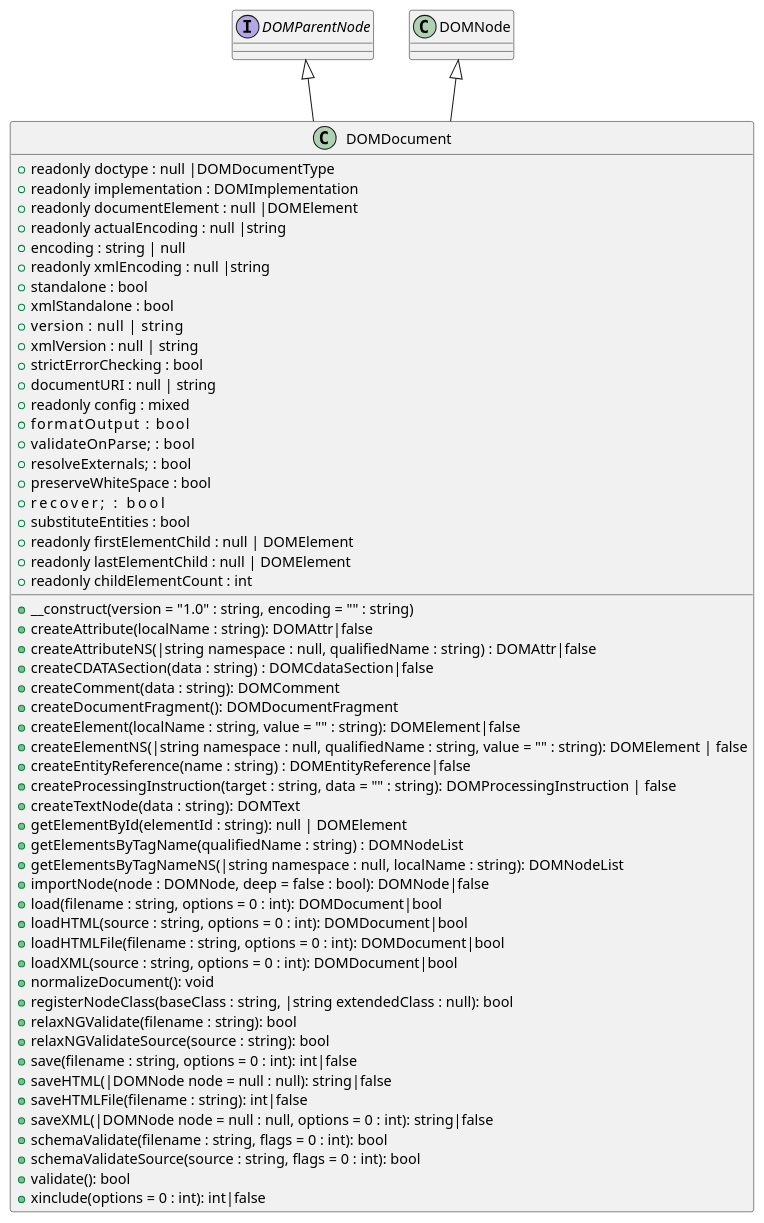
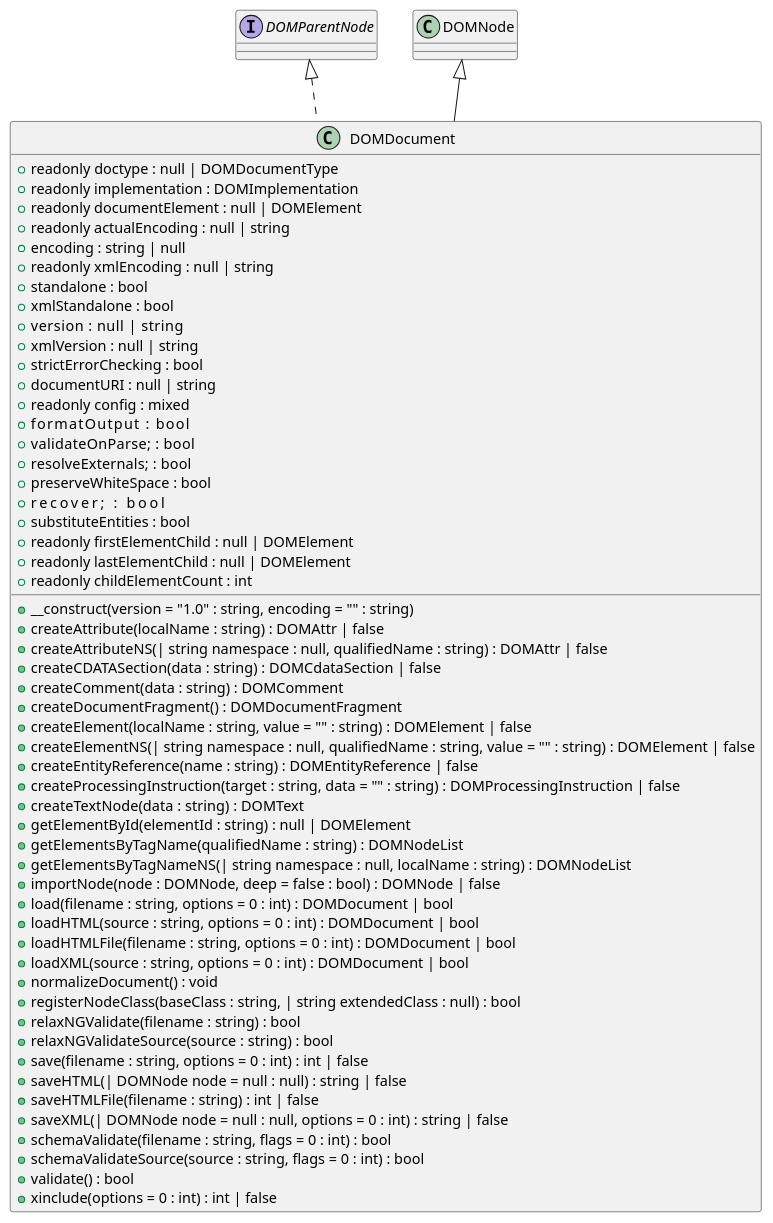
The diagram in dom/document.puml (kurt-krueckeberg/understanding-dom), drawn with PlantUML before and after one commit. The commit also changed 5 other files, not shown here.

```diff
--- a/dom/document.puml
+++ b/dom/document.puml
@@ -1,62 +1,62 @@
 @startuml
 interface DOMParentNode
 DOMNode       <|-- DOMDocument 
-DOMParentNode <|-- DOMDocument 
+DOMParentNode <|.. DOMDocument 
 
 class DOMDocument {
 
-  +readonly doctype : null |DOMDocumentType
+  +readonly doctype : null | DOMDocumentType
   +readonly implementation : DOMImplementation
-  +readonly documentElement : null |DOMElement
-  +readonly actualEncoding : null |string
+  +readonly documentElement : null | DOMElement
+  +readonly actualEncoding : null | string
   +encoding : string | null
-  +readonly xmlEncoding : null |string
+  +readonly xmlEncoding : null | string
   +standalone : bool
   +xmlStandalone : bool
   +version    : null | string
   +xmlVersion : null | string 
   +strictErrorChecking : bool 
   +documentURI : null | string 
   +readonly config : mixed
   +formatOutput       : bool  
   +validateOnParse;   : bool 
   +resolveExternals;  : bool 
   +preserveWhiteSpace : bool 
   +recover;           : bool 
   +substituteEntities : bool 
   +readonly firstElementChild : null | DOMElement
   +readonly lastElementChild : null | DOMElement
   +readonly childElementCount : int
   +__construct(version = "1.0" : string, encoding = "" : string)
-  +createAttribute(localName : string): DOMAttr|false
-  +createAttributeNS(|string namespace : null, qualifiedName : string) : DOMAttr|false
-  +createCDATASection(data : string) : DOMCdataSection|false
-  +createComment(data : string): DOMComment
-  +createDocumentFragment(): DOMDocumentFragment
-  +createElement(localName : string, value = "" : string): DOMElement|false
-  +createElementNS(|string namespace : null, qualifiedName : string, value = "" : string): DOMElement | false
-  +createEntityReference(name : string) : DOMEntityReference|false
-  +createProcessingInstruction(target : string, data = "" : string): DOMProcessingInstruction | false
-  +createTextNode(data : string): DOMText
-  +getElementById(elementId : string): null | DOMElement
+  +createAttribute(localName : string) : DOMAttr | false
+  +createAttributeNS(| string namespace : null, qualifiedName : string) : DOMAttr | false
+  +createCDATASection(data : string) : DOMCdataSection | false
+  +createComment(data : string) : DOMComment
+  +createDocumentFragment() : DOMDocumentFragment
+  +createElement(localName : string, value = "" : string) : DOMElement | false
+  +createElementNS(| string namespace : null, qualifiedName : string, value = "" : string) : DOMElement | false
+  +createEntityReference(name : string) : DOMEntityReference | false
+  +createProcessingInstruction(target : string, data = "" : string) : DOMProcessingInstruction | false
+  +createTextNode(data : string) : DOMText
+  +getElementById(elementId : string) : null | DOMElement
   +getElementsByTagName(qualifiedName : string) : DOMNodeList
-  +getElementsByTagNameNS(|string namespace : null, localName : string): DOMNodeList
-  +importNode(node : DOMNode, deep = false : bool): DOMNode|false
-  +load(filename : string, options = 0 : int): DOMDocument|bool
-  +loadHTML(source : string, options = 0 : int): DOMDocument|bool
-  +loadHTMLFile(filename : string, options = 0 : int): DOMDocument|bool
-  +loadXML(source : string, options = 0 : int): DOMDocument|bool
-  +normalizeDocument(): void
-  +registerNodeClass(baseClass : string, |string extendedClass : null): bool
-  +relaxNGValidate(filename : string): bool
-  +relaxNGValidateSource(source : string): bool
-  +save(filename : string, options = 0 : int): int|false
-  +saveHTML(|DOMNode node = null : null): string|false
-  +saveHTMLFile(filename : string): int|false
-  +saveXML(|DOMNode node = null : null, options = 0 : int): string|false
-  +schemaValidate(filename : string, flags = 0 : int): bool
-  +schemaValidateSource(source : string, flags = 0 : int): bool
-  +validate(): bool
-  +xinclude(options = 0 : int): int|false
+  +getElementsByTagNameNS(| string namespace : null, localName : string) : DOMNodeList
+  +importNode(node : DOMNode, deep = false : bool) : DOMNode | false
+  +load(filename : string, options = 0 : int) : DOMDocument | bool
+  +loadHTML(source : string, options = 0 : int) : DOMDocument | bool
+  +loadHTMLFile(filename : string, options = 0 : int) : DOMDocument | bool
+  +loadXML(source : string, options = 0 : int) : DOMDocument | bool
+  +normalizeDocument() : void
+  +registerNodeClass(baseClass : string, | string extendedClass : null) : bool
+  +relaxNGValidate(filename : string) : bool
+  +relaxNGValidateSource(source : string) : bool
+  +save(filename : string, options = 0 : int) : int | false
+  +saveHTML(| DOMNode node = null : null) : string | false
+  +saveHTMLFile(filename : string) : int | false
+  +saveXML(| DOMNode node = null : null, options = 0 : int) : string | false
+  +schemaValidate(filename : string, flags = 0 : int) : bool
+  +schemaValidateSource(source : string, flags = 0 : int) : bool
+  +validate() : bool
+  +xinclude(options = 0 : int) : int | false
 }
 @enduml
```
